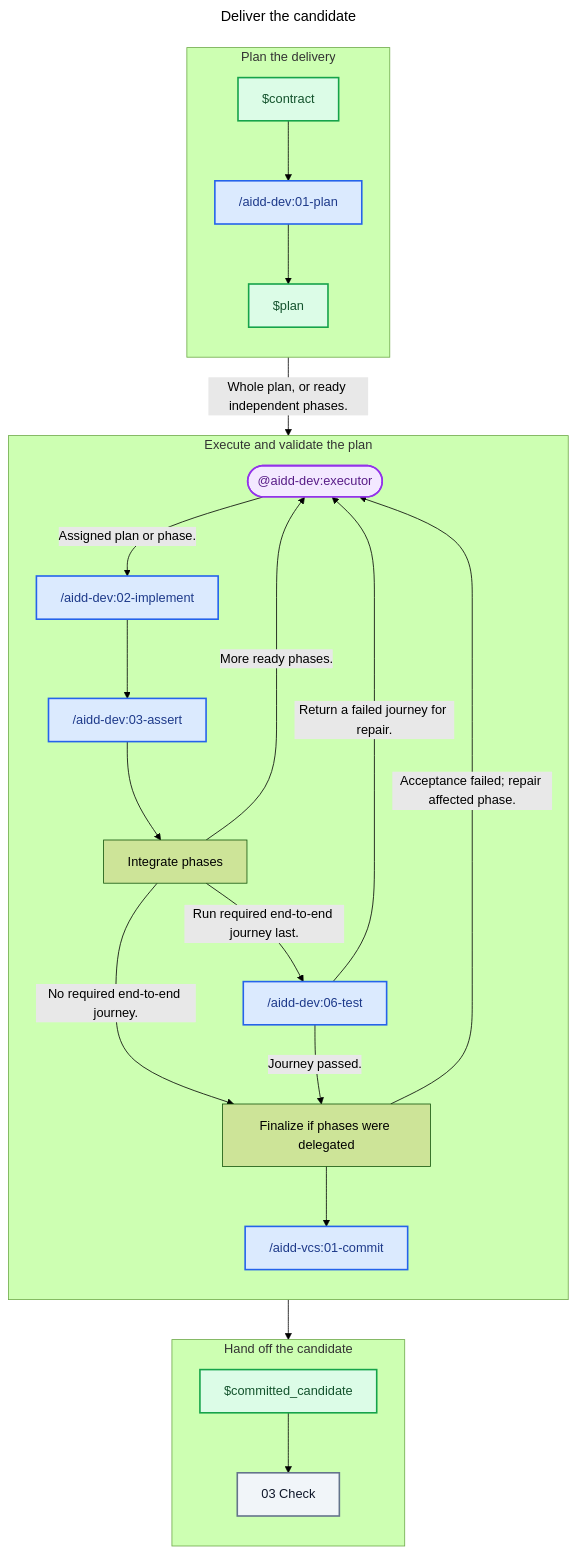
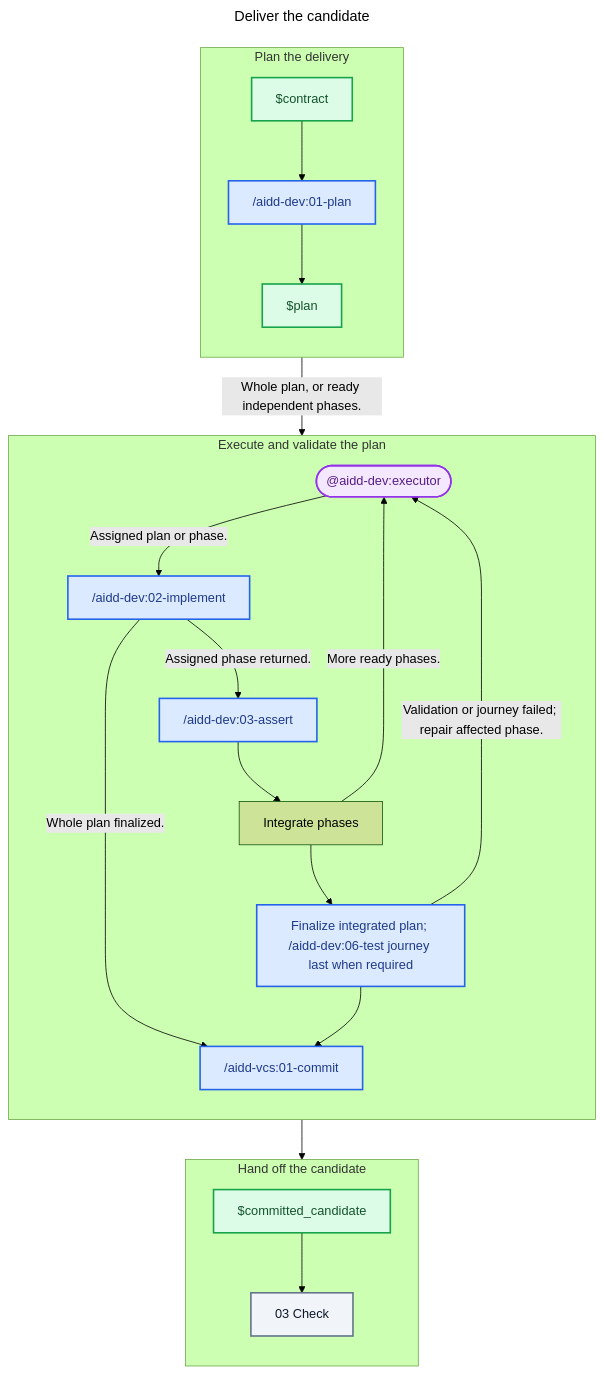
Before and after one commit to ai-driven-dev/framework: the diagram in plugins/aidd-orchestrator/skills/01-sdlc/references/02-deliver.md, drawn with Mermaid (forest theme). The commit also changed other lines of this file and 9 other files, not shown here.

Commit message:
refactor(aidd-dev): simplify scoped agent and phase handoffs

````diff
--- a/plugins/aidd-orchestrator/skills/01-sdlc/references/02-deliver.md
+++ b/plugins/aidd-orchestrator/skills/01-sdlc/references/02-deliver.md
@@ -11,55 +11,52 @@
 ```mermaid
 ---
 title: Deliver the candidate
 ---
 flowchart TD
   subgraph PlanStage["Plan the delivery"]
     direction TB
     Contract["$contract"]
     Plan["/aidd-dev:01-plan"]
     PlanArtifact["$plan"]
   end
 
   subgraph ExecuteStage["Execute and validate the plan"]
     direction TB
     Executor(["@aidd-dev:executor"])
     Implement["/aidd-dev:02-implement"]
     Assert["/aidd-dev:03-assert"]
     Integrate["Integrate phases"]
-    Test["/aidd-dev:06-test"]
-    Finalize["Finalize if phases were delegated"]
+    Finalize["Finalize integrated plan; /aidd-dev:06-test journey last when required"]
     Commit["/aidd-vcs:01-commit"]
   end
 
   subgraph HandoffStage["Hand off the candidate"]
     direction TB
     CommittedCandidate["$committed_candidate"]
     Check["03 Check"]
   end
 
   Contract --> Plan
   Plan --> PlanArtifact
   PlanArtifact -- "Whole plan, or ready independent phases." --> Executor
   Executor -- "Assigned plan or phase." --> Implement
-  Implement --> Assert
+  Implement -- "Whole plan finalized." --> Commit
+  Implement -- "Assigned phase returned." --> Assert
   Assert --> Integrate
   Integrate -- "More ready phases." --> Executor
-  Integrate -- "No required end-to-end journey." --> Finalize
-  Integrate -- "Run required end-to-end journey last." --> Test
-  Test -- "Journey passed." --> Finalize
-  Test -- "Return a failed journey for repair." --> Executor
-  Finalize -- "Acceptance failed; repair affected phase." --> Executor
+  Integrate --> Finalize
+  Finalize -- "Validation or journey failed; repair affected phase." --> Executor
   Finalize --> Commit
   Commit --> CommittedCandidate
   CommittedCandidate --> Check
 
   classDef skill fill:#DBEAFE,stroke:#2563EB,color:#1E3A8A,stroke-width:2px
   classDef agent fill:#F3E8FF,stroke:#9333EA,color:#581C87,stroke-width:2px
   classDef artifact fill:#DCFCE7,stroke:#16A34A,color:#14532D,stroke-width:2px
   classDef zone fill:#F1F5F9,stroke:#64748B,color:#0F172A,stroke-width:2px
 
-  class Plan,Implement,Assert,Test,Commit skill
+  class Plan,Implement,Assert,Finalize,Commit skill
   class Executor agent
   class Contract,PlanArtifact,CommittedCandidate artifact
   class Check zone
 ```
````
